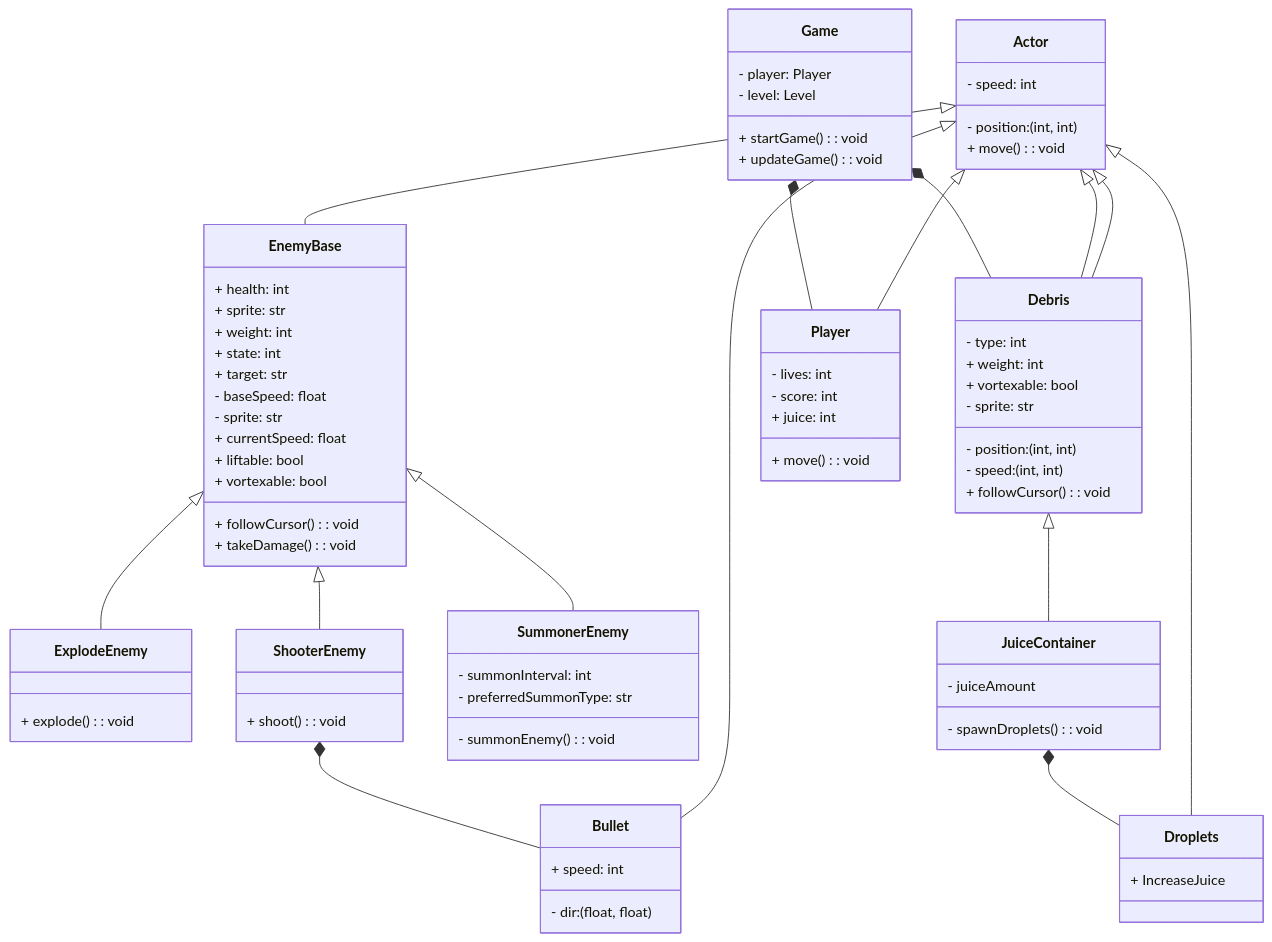
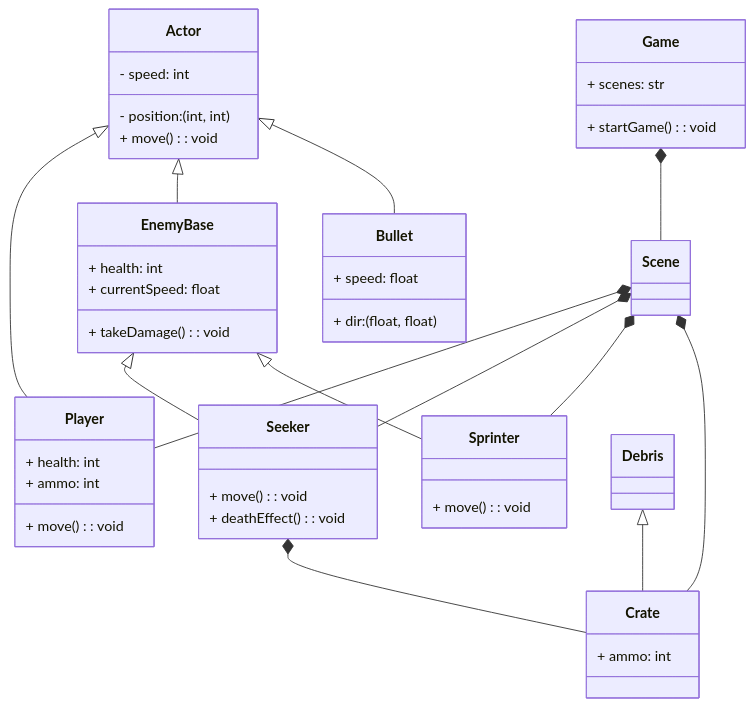
The diagram in classdiagram.md (PileOfScrap/prg4GAME), drawn with Mermaid before and after one commit. The commit also changed 114 other files, not shown here.

````diff
--- a/classdiagram.md
+++ b/classdiagram.md
@@ -12,86 +12,51 @@
     
     class EnemyBase {
       + health: int
-      + sprite: str
-      + weight: int
-      + state: int
-      + target: str
-      - baseSpeed: float
-      - sprite: str
       + currentSpeed: float
-      + liftable: bool
-      + vortexable: bool
-      + followCursor(): void
       + takeDamage(): void
 
     }
 
-    class ExplodeEnemy {
-      + explode(): void
+    class Sprinter {
+      + move(): void
     }
 
-    class ShooterEnemy {
-      + shoot(): void
-    }
-
-    class SummonerEnemy {
-      - summonInterval: int
-      - preferredSummonType: str
-      - summonEnemy(): void
+    class Seeker {
+      + move(): void
+      + deathEffect(): void
     }
 
     class Bullet {
-      - dir: (float, float)
-      + speed: int
+      + dir: (float, float)
+      + speed: float
       
     }
 
-    class Debris {
-      - position: (int, int)
-      - speed: (int, int)
-      - type: int
-      + weight: int
-      + vortexable: bool
-      - sprite: str
-
-      + followCursor(): void
-    }
-
     class Player {
-      - lives: int
-      - score: int
-      + juice: int
+      + health: int
+      + ammo: int
       + move(): void
     }
 
-    class JuiceContainer {
-      - juiceAmount
-      - spawnDroplets(): void
-    }
-
-    class Droplets {
-      + IncreaseJuice
+    class Crate {
+      + ammo: int
     }
     
     class Game {
-      - player: Player
-      - level: Level
+      + scenes: str
       + startGame(): void
-      + updateGame(): void
     }
     
     Actor <|-- Player
-    Actor <|-- Debris
     Actor <|-- EnemyBase
     Actor <|-- Bullet
-    Actor <|-- Debris
-    Debris <|-- JuiceContainer
-    Actor <|-- Droplets
-    EnemyBase <|-- ExplodeEnemy
-    EnemyBase <|-- ShooterEnemy
-    EnemyBase <|-- SummonerEnemy
-    Game *-- Player
-    Game *-- Debris
-    ShooterEnemy *-- Bullet
-    JuiceContainer *-- Droplets
+    Debris <|-- Crate
+    EnemyBase <|-- Seeker
+    EnemyBase <|-- Sprinter
+    Game *-- Scene
+    Scene *-- Player
+    Scene *-- Seeker
+    Scene *-- Sprinter
+    Scene *-- Crate
+    Seeker *-- Crate
 ```
````
